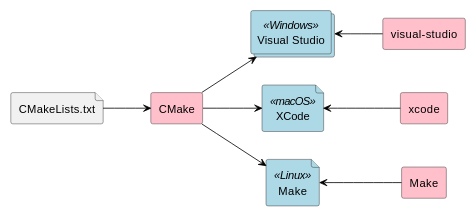
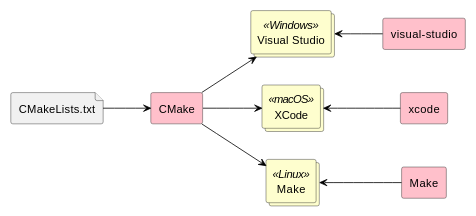
One commit to mredenti/ModernCMake changed the diagram in slides/episodes/introduction.md. Above: the diagram before and after it, drawn with PlantUML. The commit also changed other lines of this file, not shown here.

````diff
--- a/slides/episodes/introduction.md
+++ b/slides/episodes/introduction.md
@@ -271,41 +271,41 @@
 ```plantuml
 left to right direction
 skinparam PackagePadding 2
 skinparam BoxPadding 2
 skinparam NodePadding 2
 skinparam style strictuml
 skinparam padding 0
 scale 0.8
 
 skinparam rectangle {
   BackgroundColor<<Windows>> LightBlue
   BackgroundColor<<macOS>> LightBlue
   BackgroundColor<<Linux>> LightBlue
   BackgroundColor<<Tool>> Pink
 }
 
 skinparam Arrow {
   Color Black
 }
 
 file "CMakeLists.txt" as ST
 rectangle "CMake" as CM #Pink
 
-collections "Visual Studio" as VS <<Windows>> #LightBlue
-file "XCode" as XC <<macOS>> #LightBlue
-file "Make" as MK <<Linux>> #LightBlue
+collections "Visual Studio" as VS <<Windows>> #FEFECE
+collections "XCode" as XC <<macOS>> #FEFECE
+collections "Make" as MK <<Linux>> #FEFECE
 
 rectangle "Make" as make #Pink
 rectangle "xcode" as xcode #Pink
 rectangle "visual-studio" as visual #Pink
 
 ST --> CM
 
 CM --> VS
 CM --> XC
 CM --> MK
 
 MK <-- make 
 XC <-- xcode
 VS <-- visual
 ```
````
